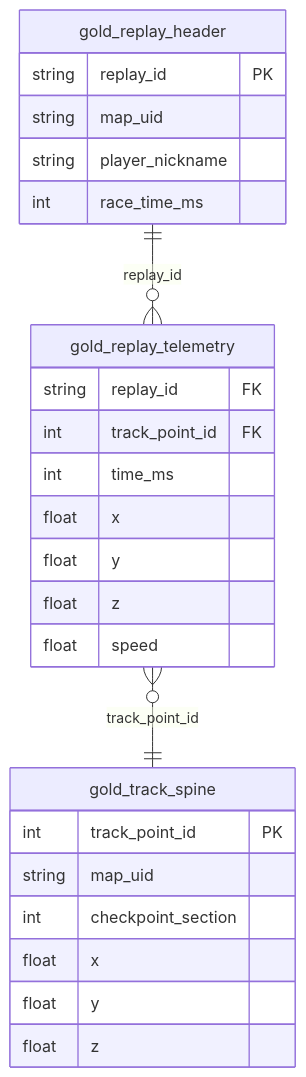
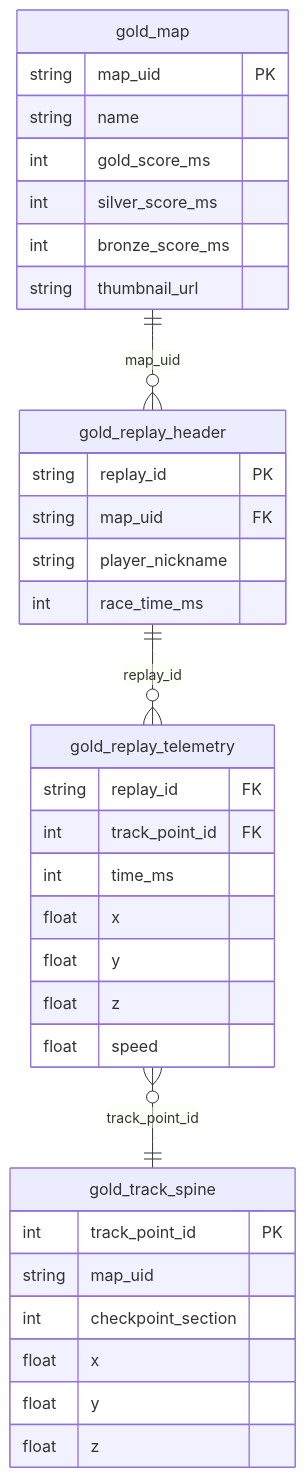
One commit to villezekeviking/tm2020-gbx-parser changed the fourth of 4 diagrams in README.md. Above: the diagram before and after it, drawn with Mermaid. The commit also changed other lines of this file and 4 other files, not shown here.

First line of the commit message:
feat: Map Metadata Pipeline - Bronze → Silver → Gold

````diff
--- a/README.md
+++ b/README.md
@@ -111,28 +116,37 @@
 ```mermaid
 erDiagram
     gold_replay_header {
         string replay_id PK
-        string map_uid
+        string map_uid FK
         string player_nickname
         int race_time_ms
     }
     gold_replay_telemetry {
         string replay_id FK
         int track_point_id FK
         int time_ms
         float x
         float y
         float z
         float speed
     }
     gold_track_spine {
         int track_point_id PK
         string map_uid
         int checkpoint_section
         float x
         float y
         float z
     }
+    gold_map {
+        string map_uid PK
+        string name
+        int gold_score_ms
+        int silver_score_ms
+        int bronze_score_ms
+        string thumbnail_url
+    }
     gold_replay_header ||--o{ gold_replay_telemetry : "replay_id"
     gold_replay_telemetry }o--|| gold_track_spine : "track_point_id"
+    gold_map ||--o{ gold_replay_header : "map_uid"
 ```
````
